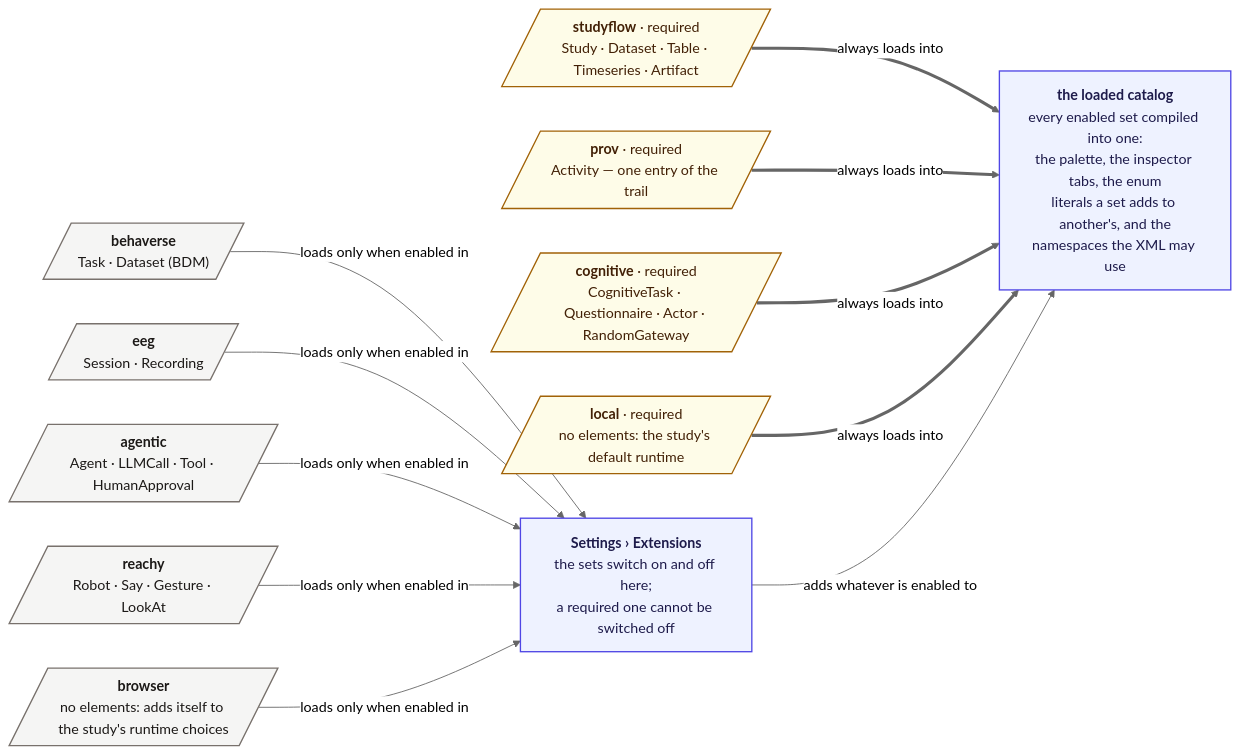
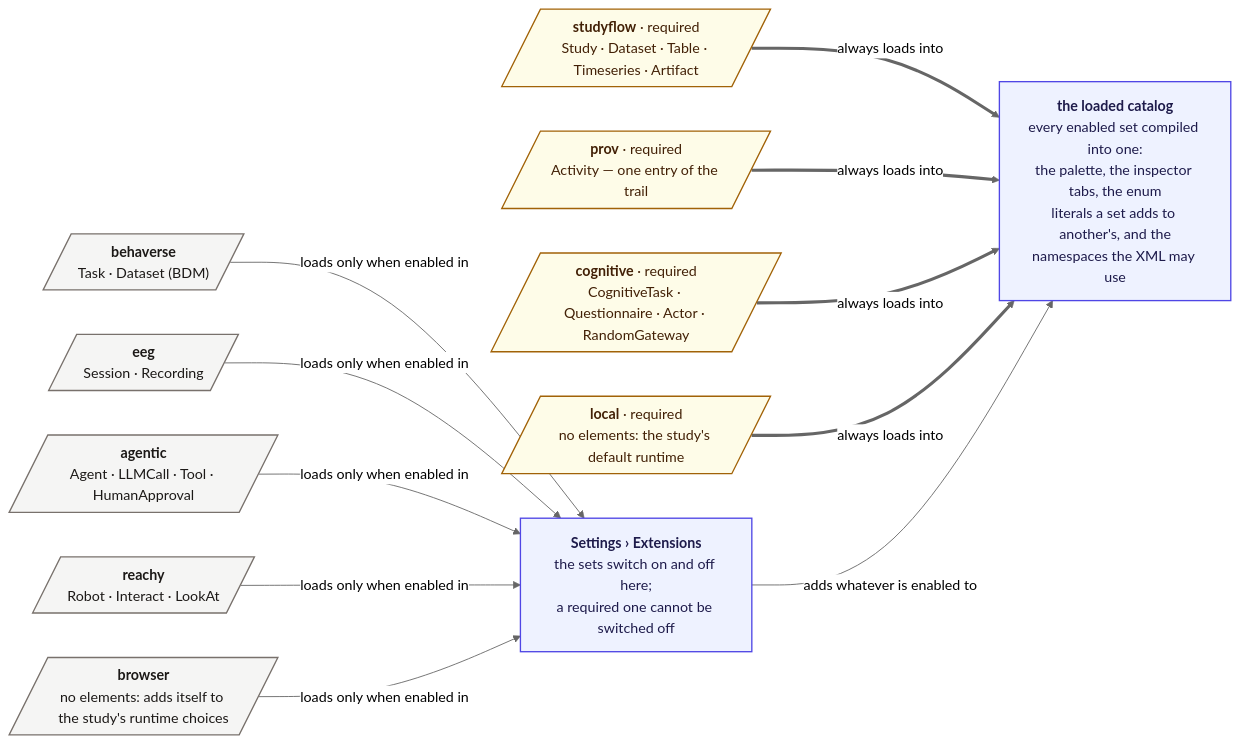
One commit to behaverse/studyflow-modeler changed the diagram in docs/assets/img/diagrams/schema-map.mmd. Above: the diagram before and after it, drawn with Mermaid (neutral theme). The commit also changed 17 other files, not shown here.

```diff
--- a/docs/assets/img/diagrams/schema-map.mmd
+++ b/docs/assets/img/diagrams/schema-map.mmd
@@ -1,52 +1,52 @@
 %% Regenerate: npx -y @mermaid-js/mermaid-cli -i schema-map.mmd -o schema-map.svg -c mermaid.config.json -b transparent
 %% The config keeps labels as plain SVG text (no foreignObject), so the .svg survives being embedded as an image.
 flowchart LR
 
   SF[/"`**studyflow** · required
   Study · Dataset · Table · Timeseries · Artifact`"/]
   PROV[/"`**prov** · required
   Activity — one entry of the trail`"/]
   COG[/"`**cognitive** · required
   CognitiveTask · Questionnaire · Actor · RandomGateway`"/]
   LOCAL[/"`**local** · required
   no elements: the study's default runtime`"/]
 
   BEHAVERSE[/"`**behaverse**
   Task · Dataset (BDM)`"/]
   EEG[/"`**eeg**
   Session · Recording`"/]
   AGENTIC[/"`**agentic**
   Agent · LLMCall · Tool · HumanApproval`"/]
   REACHY[/"`**reachy**
-  Robot · Say · Gesture · LookAt`"/]
+  Robot · Interact · LookAt`"/]
   BROWSER[/"`**browser**
   no elements: adds itself to the study's runtime choices`"/]
 
   SETTINGS["`**Settings › Extensions**
   the sets switch on and off here;
   a required one cannot be switched off`"]
 
   CATALOG["`**the loaded catalog**
   every enabled set compiled into one:
   the palette, the inspector tabs, the enum
   literals a set adds to another's, and the
   namespaces the XML may use`"]
 
   SF ==>|"always loads into"| CATALOG
   PROV ==>|"always loads into"| CATALOG
   COG ==>|"always loads into"| CATALOG
   LOCAL ==>|"always loads into"| CATALOG
 
   BEHAVERSE -->|"loads only when enabled in"| SETTINGS
   EEG -->|"loads only when enabled in"| SETTINGS
   AGENTIC -->|"loads only when enabled in"| SETTINGS
   REACHY -->|"loads only when enabled in"| SETTINGS
   BROWSER -->|"loads only when enabled in"| SETTINGS
   SETTINGS -->|"adds whatever is enabled to"| CATALOG
 
   classDef required fill:#fefce8,stroke:#a16207,stroke-width:1.5px,color:#422006
   classDef ext fill:#f5f5f4,stroke:#78716c,stroke-width:1.5px,color:#1c1917
   classDef app fill:#eef2ff,stroke:#4f46e5,stroke-width:1.5px,color:#1e1b4b
   class SF,PROV,COG,LOCAL required
   class BEHAVERSE,EEG,AGENTIC,REACHY,BROWSER ext
   class SETTINGS,CATALOG app
```
